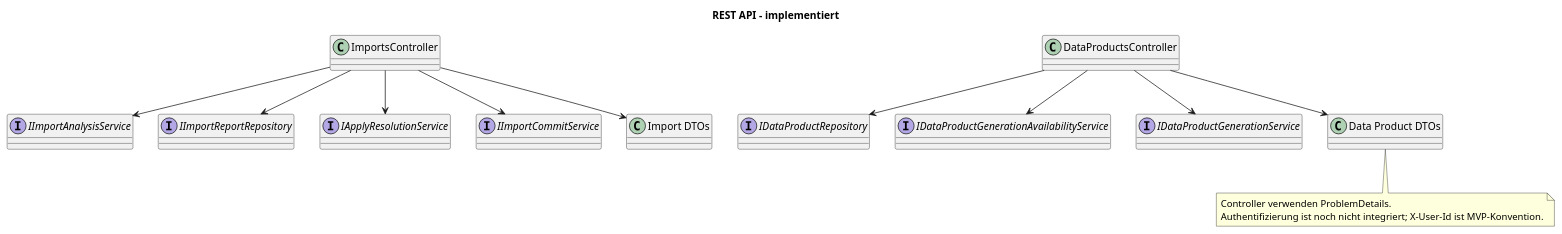
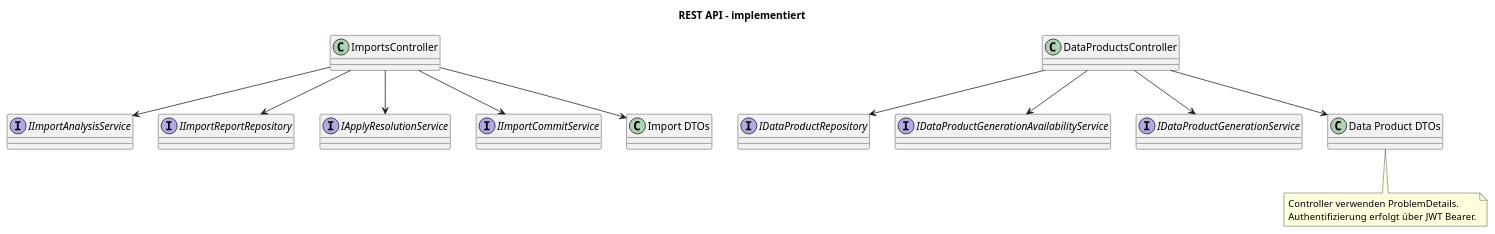
One commit to SimonSteinschaden/Data-Lake-House changed the diagram in docs/UML/06_REST_API.puml. Above: the diagram before and after it, drawn with PlantUML. The commit also changed 254 other files, not shown here.

```diff
--- a/docs/UML/06_REST_API.puml
+++ b/docs/UML/06_REST_API.puml
@@ -1,24 +1,24 @@
 @startuml
 title REST API - implementiert
 class ImportsController
 class DataProductsController
 interface IImportAnalysisService
 interface IImportReportRepository
 interface IApplyResolutionService
 interface IImportCommitService
 interface IDataProductRepository
 interface IDataProductGenerationAvailabilityService
 interface IDataProductGenerationService
 class "Import DTOs" as ImportDtos
 class "Data Product DTOs" as ProductDtos
 ImportsController --> IImportAnalysisService
 ImportsController --> IImportReportRepository
 ImportsController --> IApplyResolutionService
 ImportsController --> IImportCommitService
 ImportsController --> ImportDtos
 DataProductsController --> IDataProductRepository
 DataProductsController --> IDataProductGenerationAvailabilityService
 DataProductsController --> IDataProductGenerationService
 DataProductsController --> ProductDtos
-note bottom : Controller verwenden ProblemDetails.\nAuthentifizierung ist noch nicht integriert; X-User-Id ist MVP-Konvention.
+note bottom : Controller verwenden ProblemDetails.\nAuthentifizierung erfolgt über JWT Bearer.
 @enduml
```
